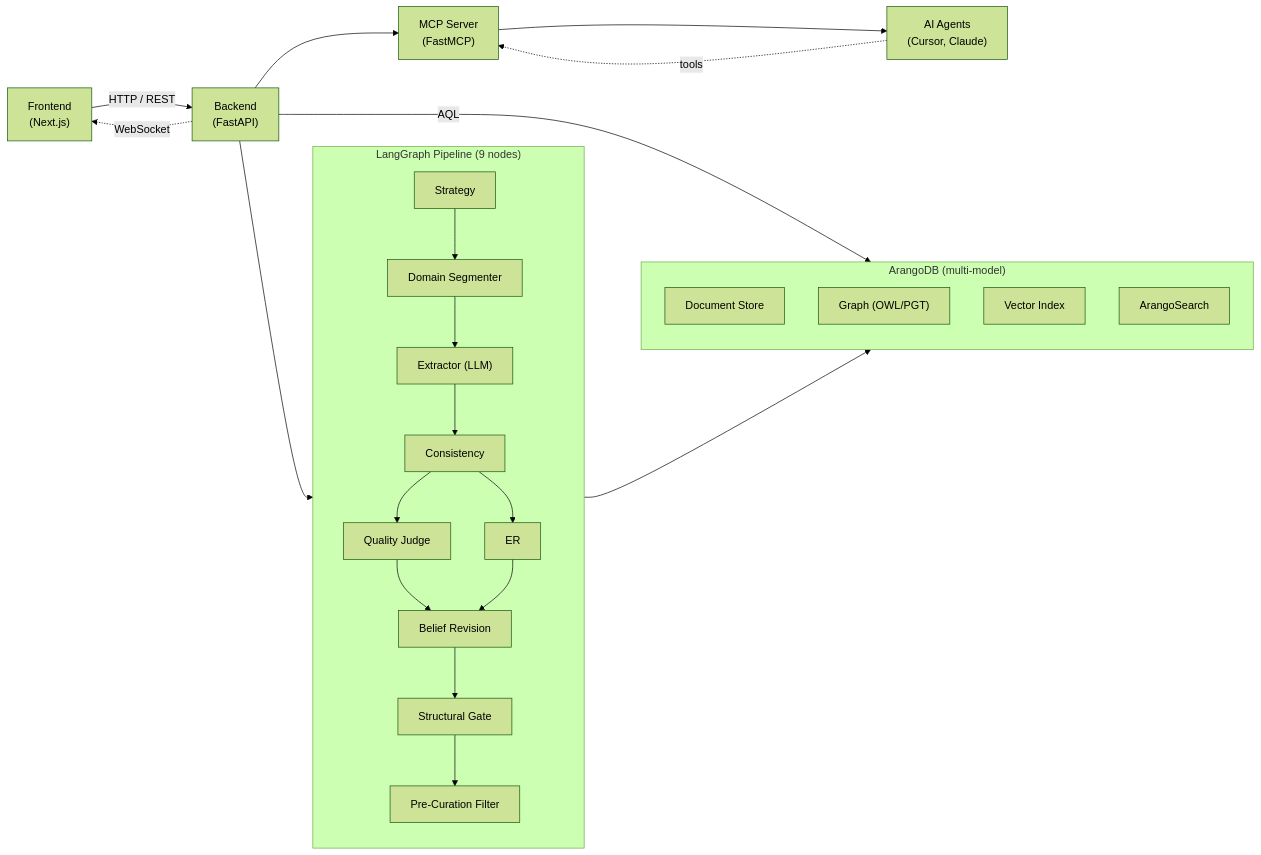
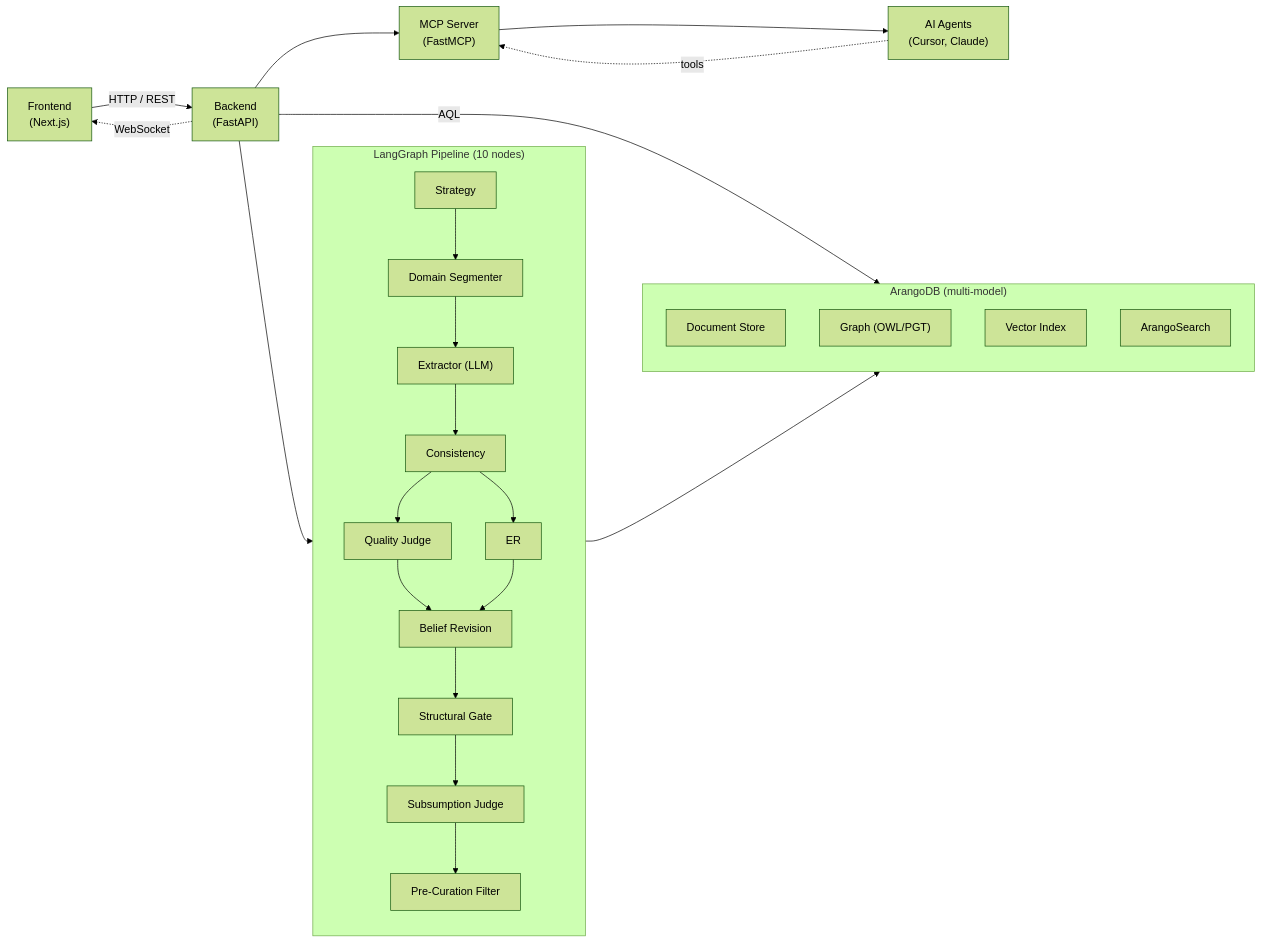
One commit to ArthurKeen/arango-ontoextract changed the diagram in README.md. Above: the diagram before and after it, drawn with Mermaid (forest theme). The commit also changed other lines of this file and 3 other files, not shown here.

````diff
--- a/README.md
+++ b/README.md
@@ -13,42 +13,43 @@
 ```mermaid
 flowchart LR
     FE["Frontend<br/>(Next.js)"]
     BE["Backend<br/>(FastAPI)"]
     MCP["MCP Server<br/>(FastMCP)"]
     AI["AI Agents<br/>(Cursor, Claude)"]
 
-    subgraph Pipeline["LangGraph Pipeline (9 nodes)"]
+    subgraph Pipeline["LangGraph Pipeline (10 nodes)"]
         direction TB
         P1["Strategy"]
         P2["Domain Segmenter"]
         P3["Extractor (LLM)"]
         P4["Consistency"]
         P5["Quality Judge"]
         P6["ER"]
         P7["Belief Revision"]
         P8["Structural Gate"]
-        P9["Pre-Curation Filter"]
+        P9["Subsumption Judge"]
+        P10["Pre-Curation Filter"]
         P1 --> P2 --> P3 --> P4
         P4 --> P5 & P6
         P5 --> P7
         P6 --> P7
-        P7 --> P8 --> P9
+        P7 --> P8 --> P9 --> P10
     end
 
     subgraph Arango["ArangoDB (multi-model)"]
         direction TB
         DS["Document Store"]
         GR["Graph (OWL/PGT)"]
         VI["Vector Index"]
         AS["ArangoSearch"]
     end
 
     FE -->|HTTP / REST| BE
     BE -->|AQL| Arango
     BE --> Pipeline
     Pipeline --> Arango
     BE -.->|WebSocket| FE
     BE --> MCP
     MCP --> AI
     AI -.->|tools| MCP
 ```
````
